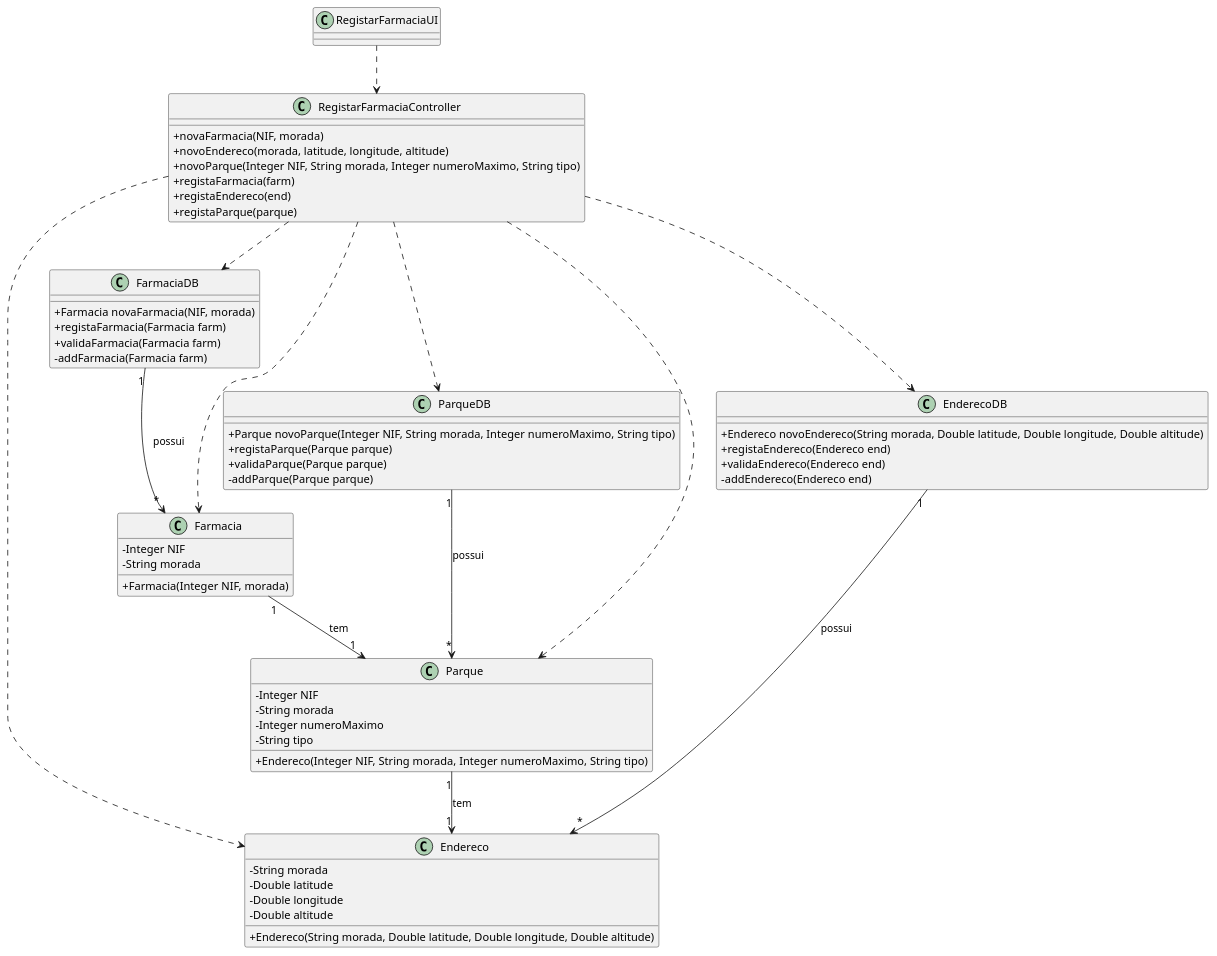
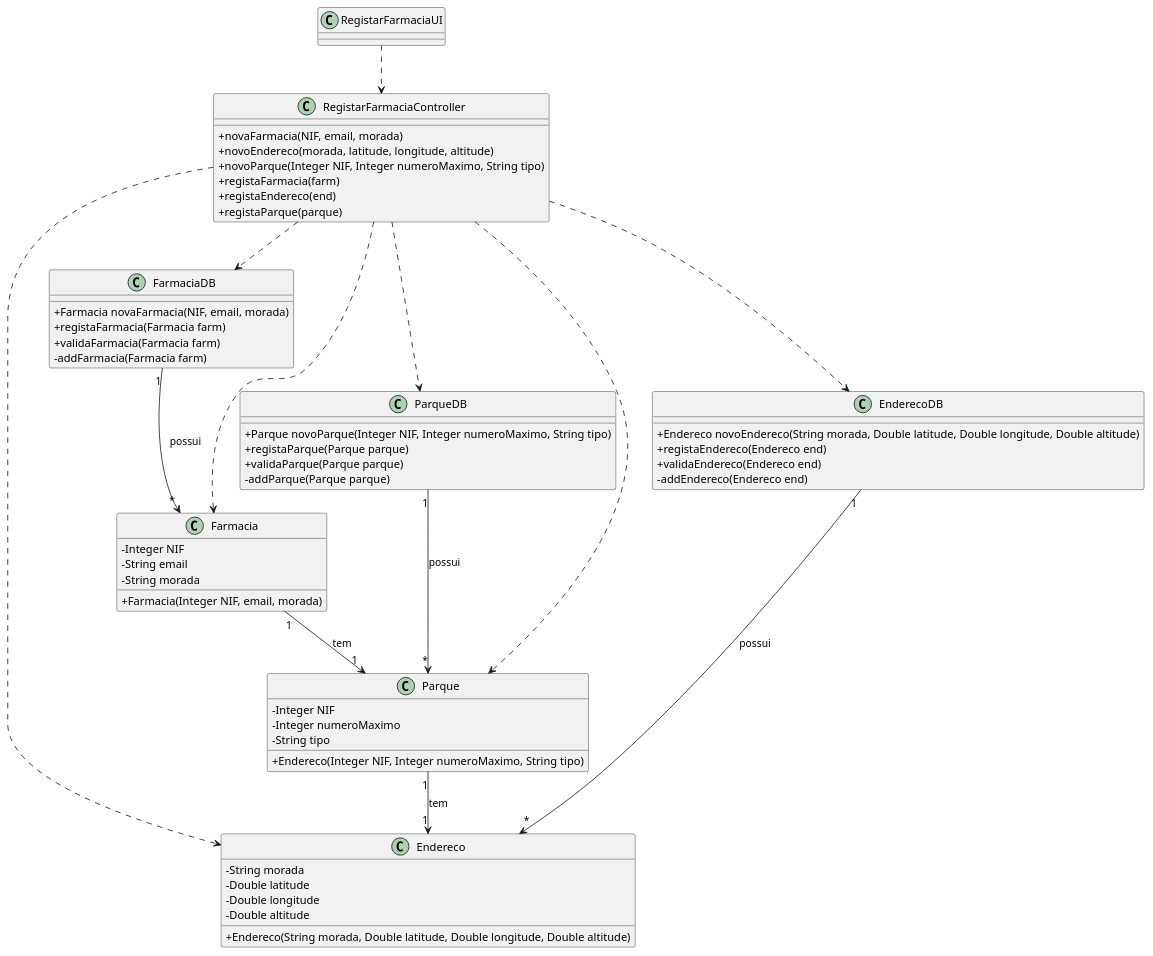
Before and after one commit to pedrolemos4/LAPR3: the diagram in docs/UC128/CD-REGISTAR FARMACIA.puml, drawn with PlantUML. The commit also changed 3 other files, not shown here.

Commit message:
LAP3AP4-128 #close Registar Farmacia [Design] Correção LAP3AP4-129 #close Criar Parque de Drones [Design] Correção

```diff
--- a/docs/UC128/CD-REGISTAR FARMACIA.puml
+++ b/docs/UC128/CD-REGISTAR FARMACIA.puml
@@ -1,75 +1,75 @@
 @startuml
 skinparam classAttributeIconSize 0
 
 class Farmacia {
   -Integer NIF
+  -String email
   -String morada
-  +Farmacia(Integer NIF, morada)
+  +Farmacia(Integer NIF, email, morada)
 }
 
 class Endereco {
   -String morada
   -Double latitude
   -Double longitude
   -Double altitude 
   +Endereco(String morada, Double latitude, Double longitude, Double altitude)
 }
 
 class Parque {
   -Integer NIF
-  -String morada
   -Integer numeroMaximo
   -String tipo
-  +Endereco(Integer NIF, String morada, Integer numeroMaximo, String tipo)
+  +Endereco(Integer NIF, Integer numeroMaximo, String tipo)
 }
 
 class FarmaciaDB {
-  +Farmacia novaFarmacia(NIF, morada)
+  +Farmacia novaFarmacia(NIF, email, morada)
   +registaFarmacia(Farmacia farm)
   +validaFarmacia(Farmacia farm)
   -addFarmacia(Farmacia farm)
 }
 
 class EnderecoDB {
   +Endereco novoEndereco(String morada, Double latitude, Double longitude, Double altitude)
   +registaEndereco(Endereco end)
   +validaEndereco(Endereco end)
   -addEndereco(Endereco end)
 }
 
 class ParqueDB {
-  +Parque novoParque(Integer NIF, String morada, Integer numeroMaximo, String tipo)
+  +Parque novoParque(Integer NIF, Integer numeroMaximo, String tipo)
   +registaParque(Parque parque)
   +validaParque(Parque parque)
   -addParque(Parque parque)
 }
 
 class RegistarFarmaciaController {
-  +novaFarmacia(NIF, morada)
+  +novaFarmacia(NIF, email, morada)
   +novoEndereco(morada, latitude, longitude, altitude)
-  +novoParque(Integer NIF, String morada, Integer numeroMaximo, String tipo)
+  +novoParque(Integer NIF, Integer numeroMaximo, String tipo)
   +registaFarmacia(farm)
   +registaEndereco(end)
   +registaParque(parque)
 }
 
 class RegistarFarmaciaUI {
   
 }
 
 RegistarFarmaciaUI ..> RegistarFarmaciaController
 RegistarFarmaciaController ..> ParqueDB
 RegistarFarmaciaController ..> EnderecoDB
 RegistarFarmaciaController ..> FarmaciaDB
 RegistarFarmaciaController ..> Parque
 RegistarFarmaciaController ..> Endereco
 RegistarFarmaciaController ..> Farmacia
 
 ParqueDB "1" --> "*" Parque : possui
 EnderecoDB "1" --> "*" Endereco : possui
 FarmaciaDB "1" --> "*" Farmacia : possui
 Farmacia "1" --> "1" Parque : tem
 Parque "1" --> "1" Endereco : tem
 
 
 @enduml
```
